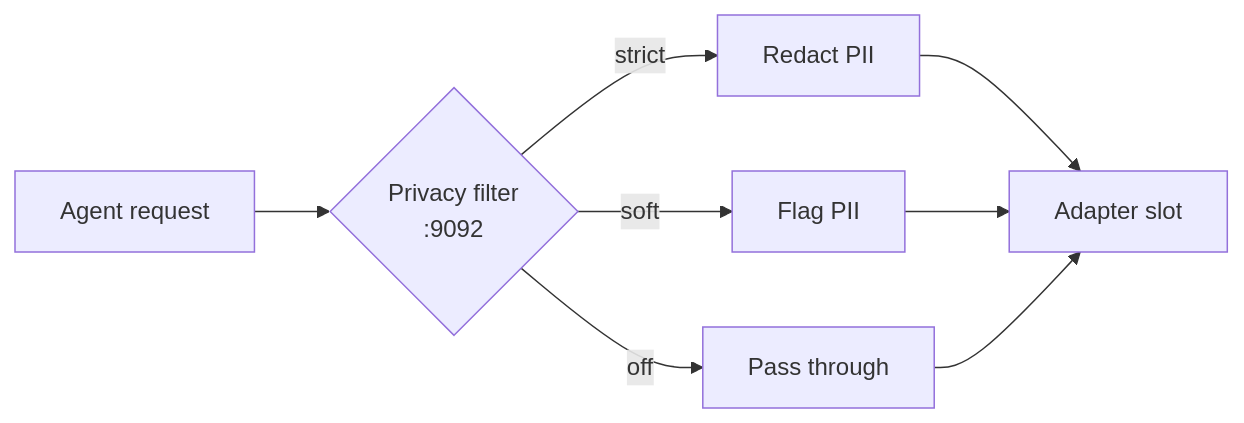
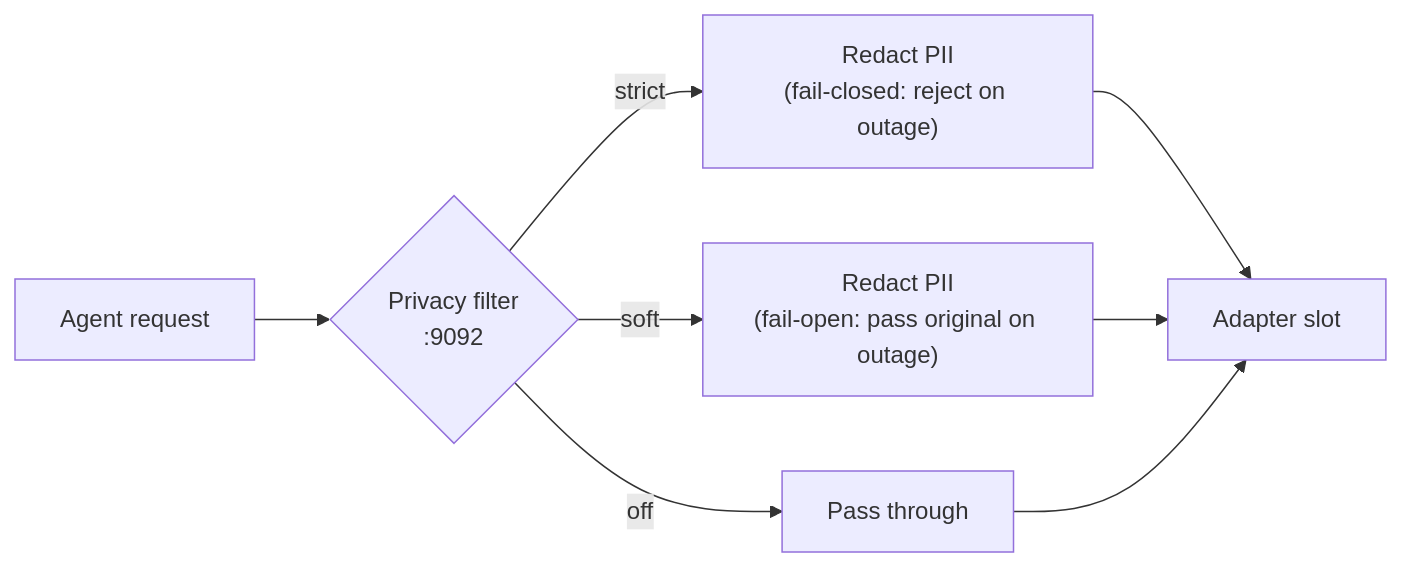
The third of 4 diagrams in docs/user/configuration.md (DreamLab-AI/agentbox), drawn with Mermaid before and after one commit. The commit also changed other lines of this file and 11 other files, not shown here.

Commit message:
docs(diagrams): align mermaid diagrams to code ground truth; label aspirational flows and known gaps

````diff
--- a/docs/user/configuration.md
+++ b/docs/user/configuration.md
@@ -129,10 +129,10 @@
 ```mermaid
 flowchart LR
     REQ["Agent request"] --> PF{"Privacy filter<br/>:9092"}
-    PF -->|"strict"| REDACT["Redact PII"]
-    PF -->|"soft"| FLAG["Flag PII"]
+    PF -->|"strict"| REDACT["Redact PII<br/>(fail-closed: reject on outage)"]
+    PF -->|"soft"| SOFT["Redact PII<br/>(fail-open: pass original on outage)"]
     PF -->|"off"| PASS["Pass through"]
     REDACT --> ADAPTER["Adapter slot"]
-    FLAG --> ADAPTER
+    SOFT --> ADAPTER
     PASS --> ADAPTER
 ```
````
